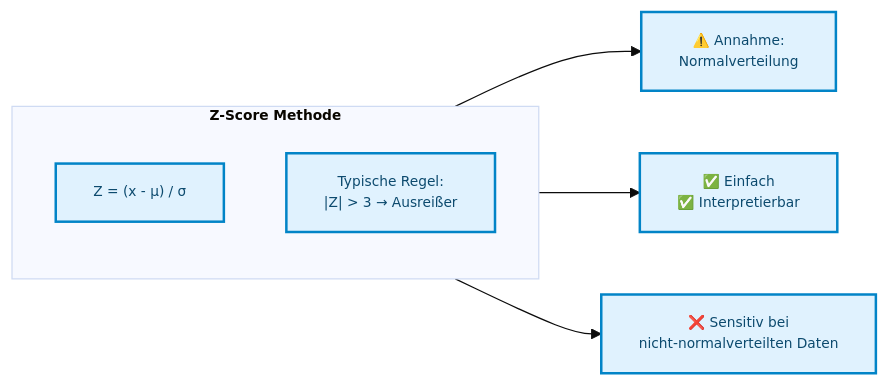
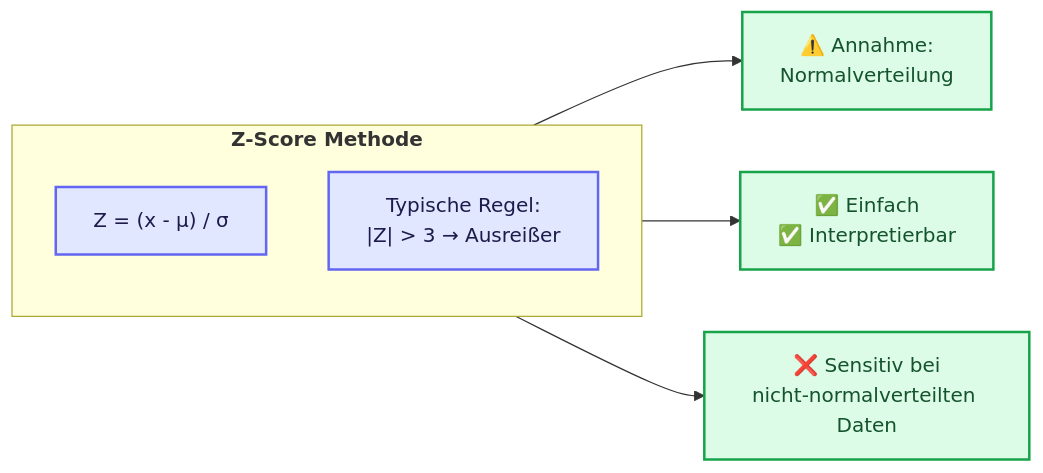
One commit to ralf-42/ML_Intro changed the third of 7 diagrams in docs/concepts/prepare/outlier.md. Above: the diagram before and after it, drawn with Mermaid. The commit also changed other lines of this file and 49 other files, not shown here.

````diff
--- a/docs/concepts/prepare/outlier.md
+++ b/docs/concepts/prepare/outlier.md
@@ -115,15 +113,19 @@
 ```mermaid
-%%{init: {'theme': 'base', 'themeVariables': {'fontSize': '11px'}}}%%
 flowchart LR
     subgraph zscore["<b>Z-Score Methode"]
         direction TB
         formel["Z = (x - μ) / σ"]
         regel["Typische Regel:<br/>|Z| > 3 → Ausreißer"]
     end
 
     formel --> annahme["⚠️ Annahme:<br/>Normalverteilung"]
     regel --> vorteil["✅ Einfach<br/>✅ Interpretierbar"]
     regel --> nachteil["❌ Sensitiv bei<br/>nicht-normalverteilten Daten"]
 
-classDef default fill:#e0f2fe,stroke:#0284c7,stroke-width:2px,color:#0c4a6e;
+    classDef default fill:#e0f2fe,stroke:#0284c7,stroke-width:2px,color:#0c4a6e;
+    classDef input fill:#e0e7ff,stroke:#6366f1,stroke-width:2px,color:#1e1b4b;
+    classDef output fill:#dcfce7,stroke:#16a34a,stroke-width:2px,color:#14532d;
+
+    class formel,regel input;
+    class annahme,vorteil,nachteil output;
 ```
````
